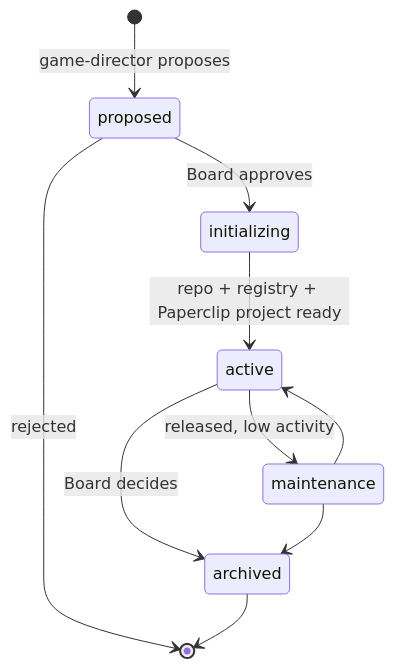
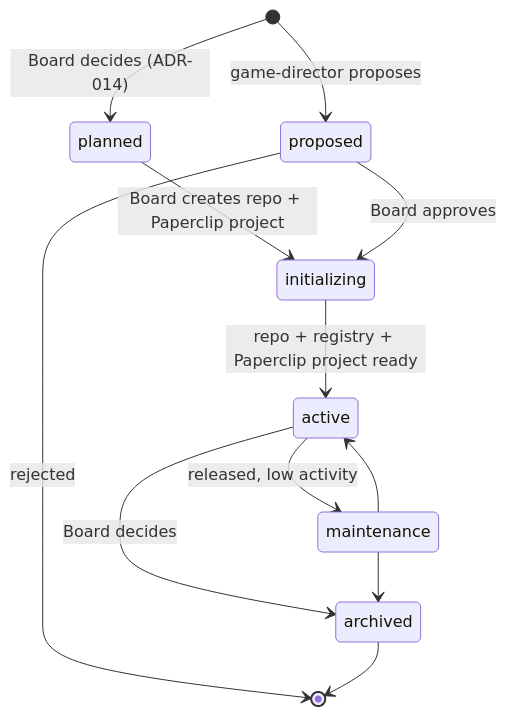
One commit to datpham02/company-os changed the diagram in docs/design/project-system.md. Above: the diagram before and after it, drawn with Mermaid. The commit also changed other lines of this file and 17 other files, not shown here.

````diff
--- a/docs/design/project-system.md
+++ b/docs/design/project-system.md
@@ -37,12 +40,14 @@
 ```mermaid
 stateDiagram-v2
+  [*] --> planned: Board decides (ADR-014)
+  planned --> initializing: Board creates repo + Paperclip project
   [*] --> proposed: game-director proposes
   proposed --> initializing: Board approves
   proposed --> [*]: rejected
   initializing --> active: repo + registry + Paperclip project ready
   active --> maintenance: released, low activity
   maintenance --> active
   active --> archived: Board decides
   maintenance --> archived
   archived --> [*]
 ```
````
